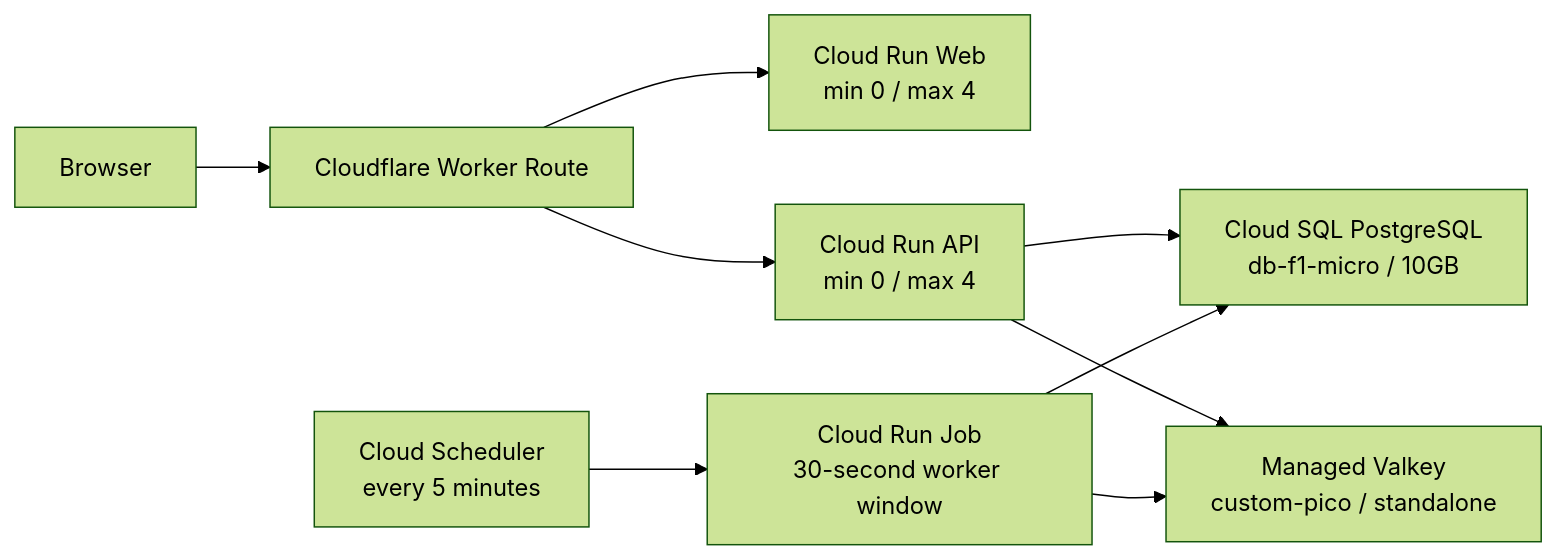
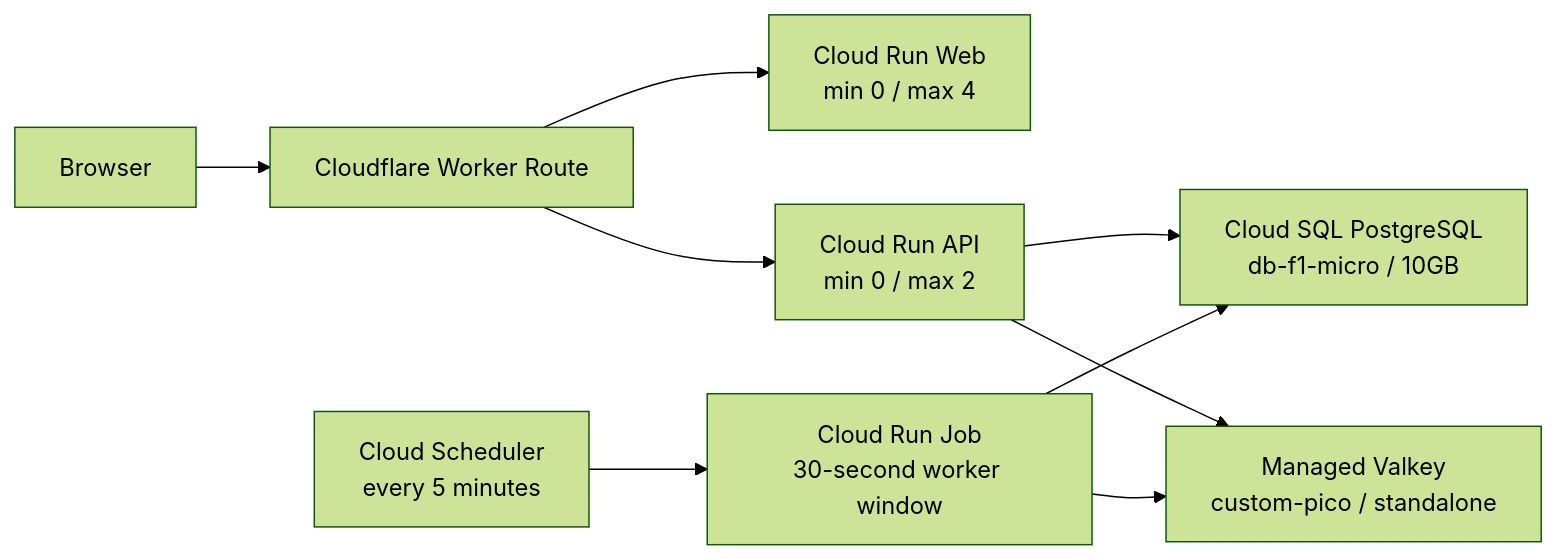
Before and after one commit to icons-hq/grapit: the diagram in docs/runbooks/managed-demo-cost-floor.md, drawn with Mermaid (forest theme). The commit also changed other lines of this file and 23 other files, not shown here.

````diff
--- a/docs/runbooks/managed-demo-cost-floor.md
+++ b/docs/runbooks/managed-demo-cost-floor.md
@@ -24,11 +30,11 @@
 ```mermaid
 flowchart LR
   Browser --> CF[Cloudflare Worker Route]
   CF --> Web[Cloud Run Web\nmin 0 / max 4]
-  CF --> API[Cloud Run API\nmin 0 / max 4]
+  CF --> API[Cloud Run API\nmin 0 / max 2]
   Scheduler[Cloud Scheduler\nevery 5 minutes] --> Job[Cloud Run Job\n30-second worker window]
   API --> SQL[Cloud SQL PostgreSQL\ndb-f1-micro / 10GB]
   Job --> SQL
   API --> Valkey[Managed Valkey\ncustom-pico / standalone]
   Job --> Valkey
 ```
````
